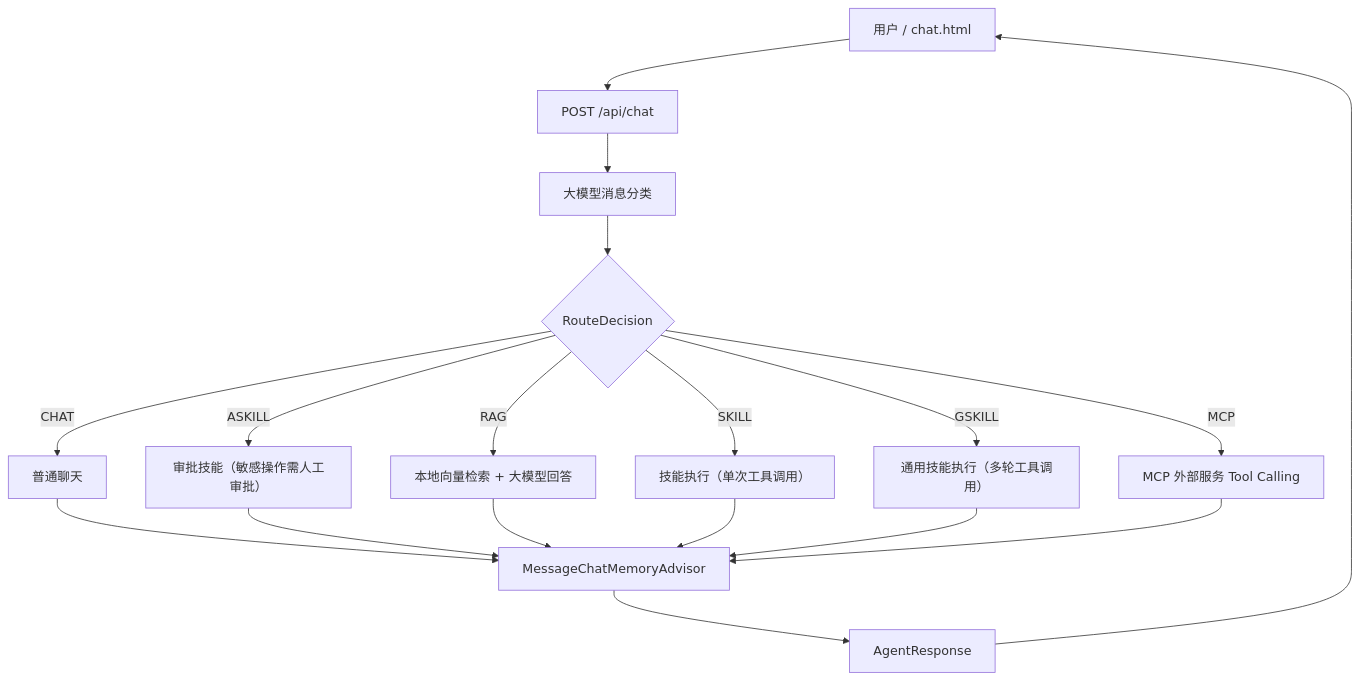
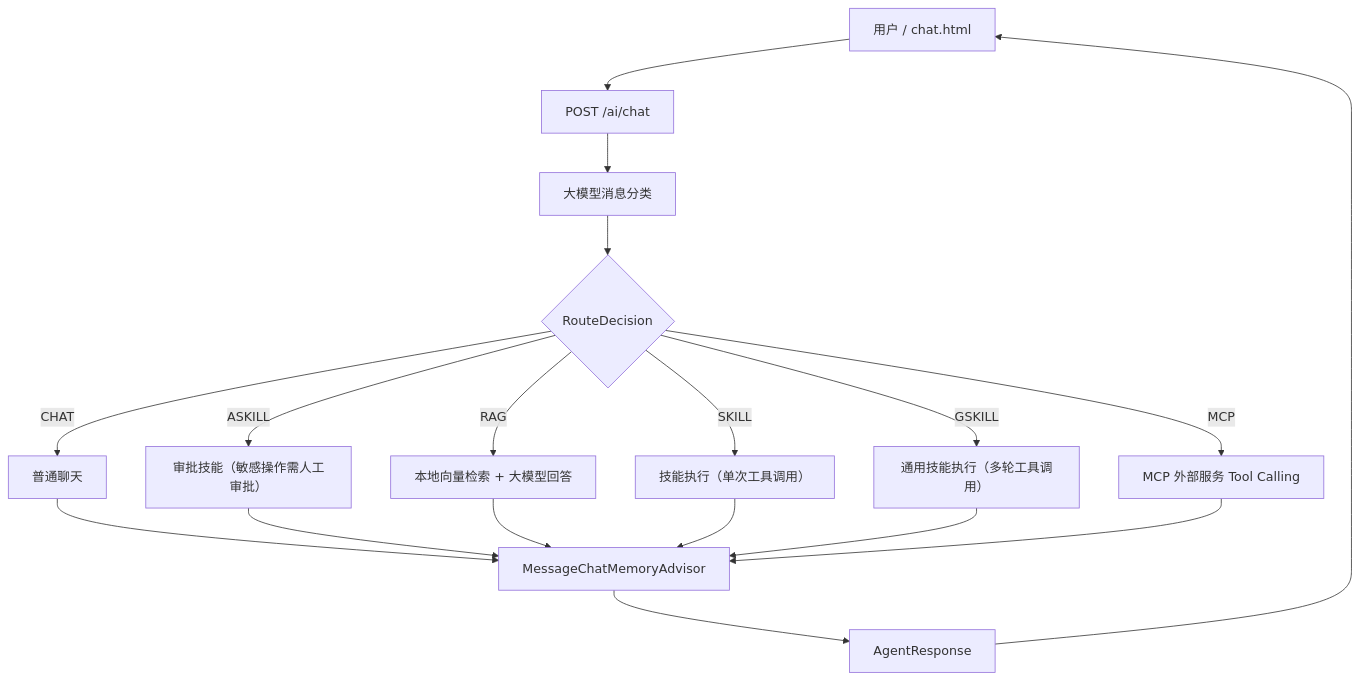
One commit to hdwang123/sagent changed the first of 2 diagrams in README.md. Above: the diagram before and after it, drawn with Mermaid. The commit also changed other lines of this file, not shown here.

````diff
--- a/README.md
+++ b/README.md
@@ -48,20 +48,20 @@
 ```mermaid
 flowchart TD
-    U["用户 / chat.html"] --> C["POST /api/chat"]
+    U["用户 / chat.html"] --> C["POST /ai/chat"]
     C --> R["大模型消息分类"]
     R --> D{"RouteDecision"}
     D -->|"CHAT"| CH["普通聊天"]
     D -->|"ASKILL"| AS["审批技能（敏感操作需人工审批）"]
     D -->|"RAG"| RA["本地向量检索 + 大模型回答"]
     D -->|"SKILL"| SK["技能执行（单次工具调用）"]
     D -->|"GSKILL"| GS["通用技能执行（多轮工具调用）"]
     D -->|"MCP"| MC["MCP 外部服务 Tool Calling"]
     CH --> M["MessageChatMemoryAdvisor"]
     AS --> M
     RA --> M
     SK --> M
     GS --> M
     MC --> M
     M --> A["AgentResponse"]
     A --> U
 ```
````
